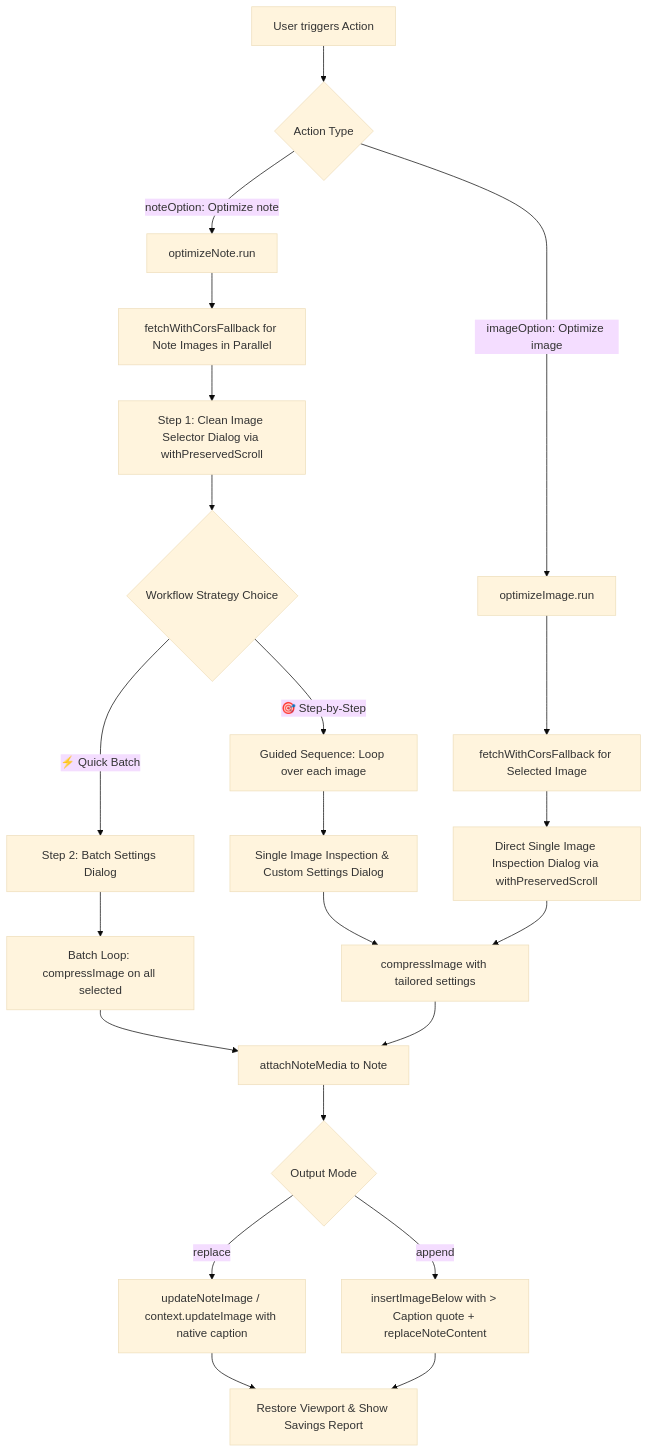
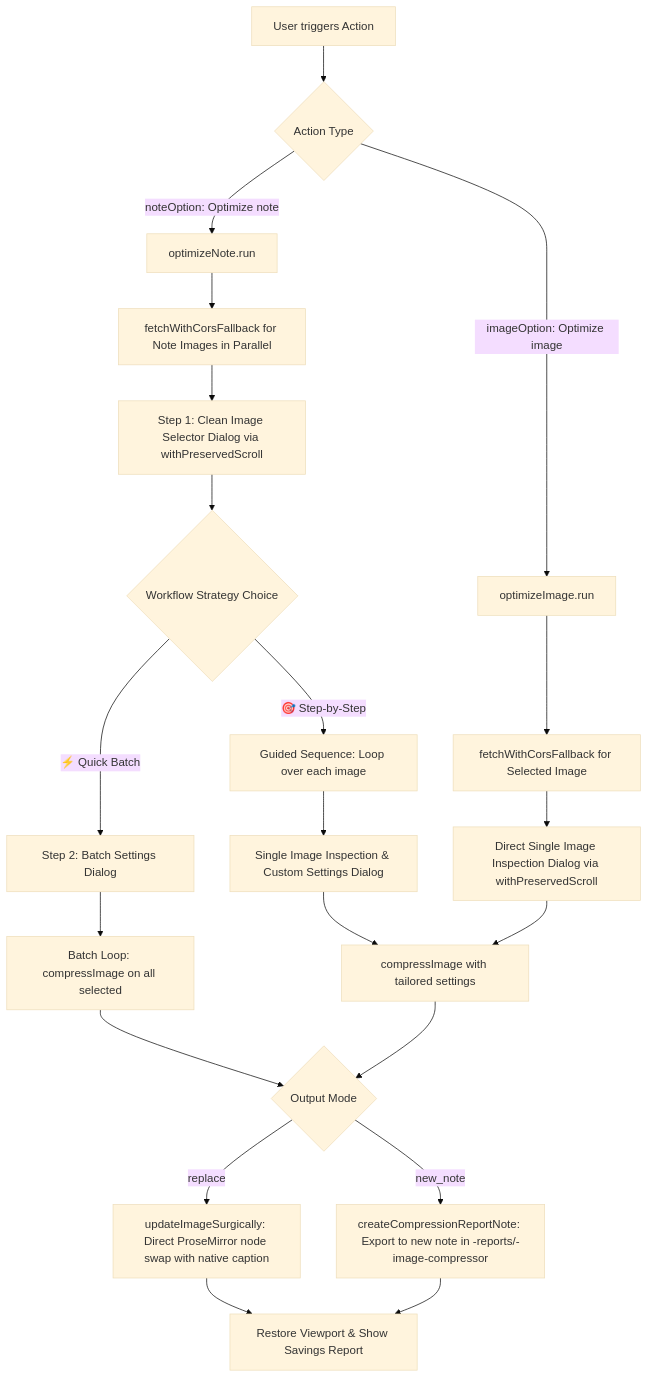
Before and after one commit to krishnakanthb13/anp-24-image-compressor: the diagram in CODE_DOCUMENTATION.md, drawn with Mermaid (base theme). The commit also changed other lines of this file and 13 other files, not shown here.

First line of the commit message:
v0.0.8 - refactor(plugin): replace append mode with surgical updates ...

````diff
--- a/CODE_DOCUMENTATION.md
+++ b/CODE_DOCUMENTATION.md
@@ -11,32 +11,31 @@
 ```mermaid
 flowchart TD
     A[User triggers Action] --> B{Action Type}
     B -->|noteOption: Optimize note| C[optimizeNote.run]
     B -->|imageOption: Optimize image| D[optimizeImage.run]
     
     C --> E[fetchWithCorsFallback for Note Images in Parallel]
     D --> F[fetchWithCorsFallback for Selected Image]
     
     E --> G[Step 1: Clean Image Selector Dialog via withPreservedScroll]
     G --> H{Workflow Strategy Choice}
     
     H -->|⚡ Quick Batch| I[Step 2: Batch Settings Dialog]
     I --> J[Batch Loop: compressImage on all selected]
     
     H -->|🎯 Step-by-Step| K[Guided Sequence: Loop over each image]
     K --> L[Single Image Inspection & Custom Settings Dialog]
     L --> M[compressImage with tailored settings]
     
     F --> N[Direct Single Image Inspection Dialog via withPreservedScroll]
     N --> M
     
-    J --> O[attachNoteMedia to Note]
-    M --> O
+    J --> P{Output Mode}
+    M --> P
     
-    O --> P{Output Mode}
-    P -->|replace| Q[updateNoteImage / context.updateImage with native caption]
-    P -->|append| R[insertImageBelow with > Caption quote + replaceNoteContent]
+    P -->|replace| Q[updateImageSurgically: Direct ProseMirror node swap with native caption]
+    P -->|new_note| R[createCompressionReportNote: Export to new note in -reports/-image-compressor]
     
     Q --> S[Restore Viewport & Show Savings Report]
     R --> S
 ```
````
